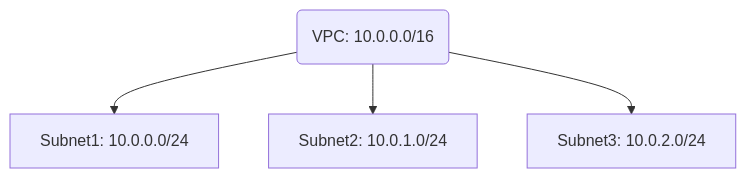
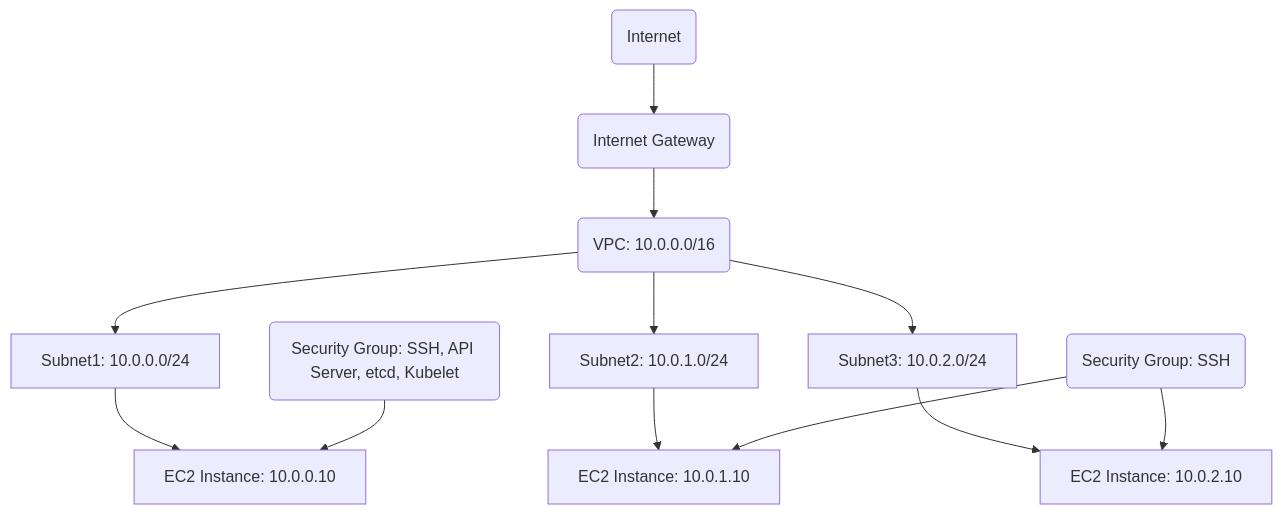
One commit to loftwah/tech-101 changed the diagram in kubernetes/kubernetes-the-loftwah-way/README.md. Above: the diagram before and after it, drawn with Mermaid.

Commit message:
add more to diagram

````diff
--- a/kubernetes/kubernetes-the-loftwah-way/README.md
+++ b/kubernetes/kubernetes-the-loftwah-way/README.md
@@ -40,10 +40,25 @@
 ```mermaid
 graph TB
+    internet(Internet)
+    ig(Internet Gateway)
     vpc(VPC: 10.0.0.0/16)
     subnet1[Subnet1: 10.0.0.0/24]
     subnet2[Subnet2: 10.0.1.0/24]
     subnet3[Subnet3: 10.0.2.0/24]
+    sg1(Security Group: SSH, API Server, etcd, Kubelet)
+    sg2(Security Group: SSH)
+    ec2a[EC2 Instance: 10.0.0.10]
+    ec2b[EC2 Instance: 10.0.1.10]
+    ec2c[EC2 Instance: 10.0.2.10]
+    internet --> ig
+    ig --> vpc
     vpc --> subnet1
     vpc --> subnet2
     vpc --> subnet3
+    subnet1 --> ec2a
+    subnet2 --> ec2b
+    subnet3 --> ec2c
+    sg1 --> ec2a
+    sg2 --> ec2b
+    sg2 --> ec2c
 ```
````
